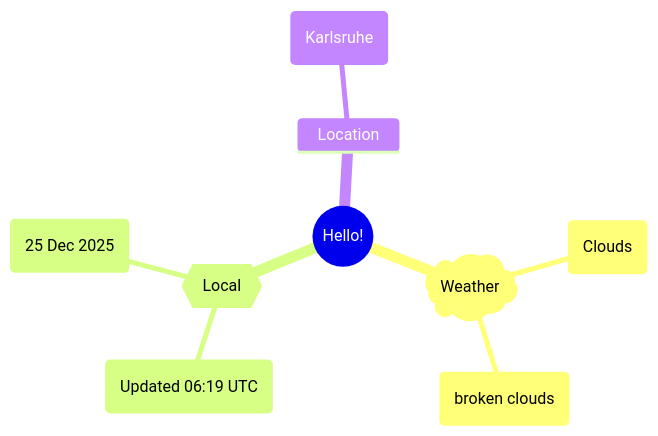
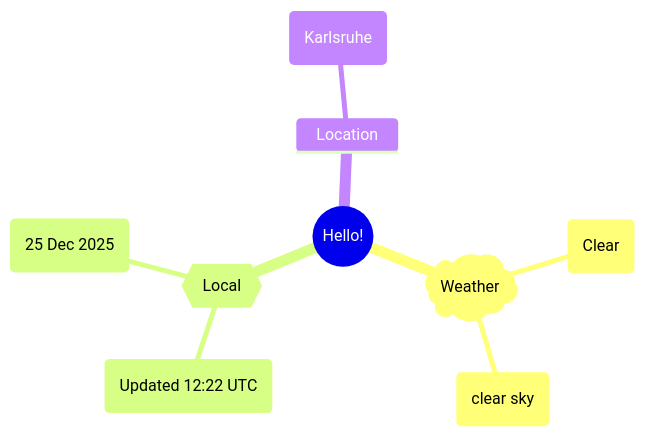
Before and after one commit to Xosrov/Xosrov: the first of 2 diagrams in README.md, drawn with Mermaid.

Commit message:
[bot] updated images

````diff
--- a/README.md
+++ b/README.md
@@ -3,12 +3,12 @@
 ```mermaid
 mindmap
   root((Hello!))
     )Weather(
-        (Clouds)
-        (broken clouds)
+        (Clear)
+        (clear sky)
     {{Local}}
-        (Updated 06:19 UTC)
+        (Updated 12:22 UTC)
         (25 Dec 2025)
     Location
         (Karlsruhe)
 ```
````
